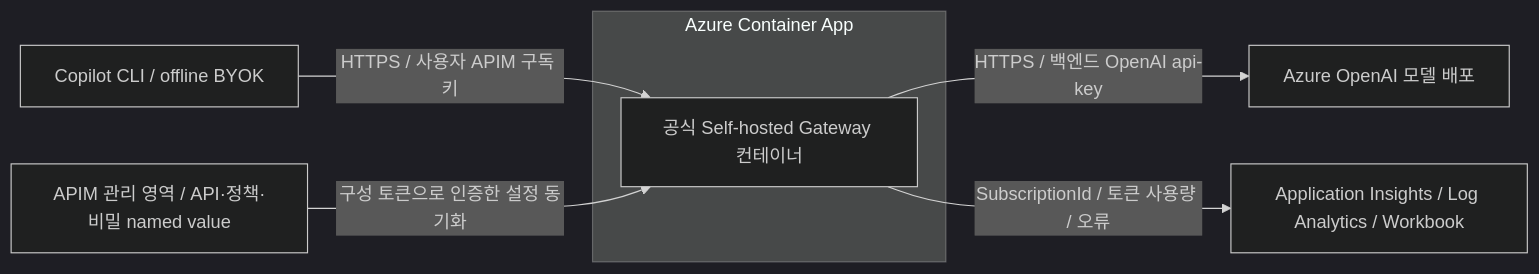
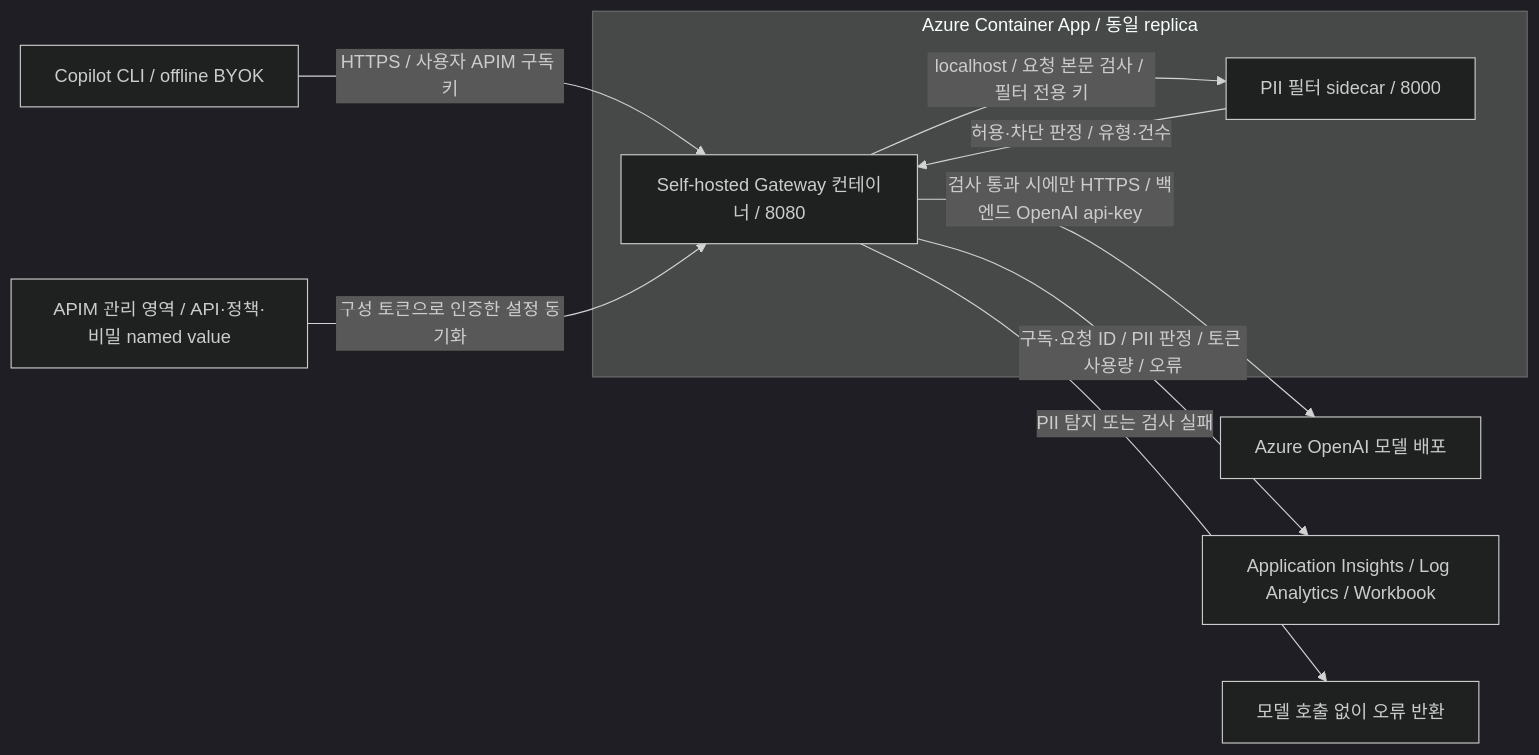
Before and after one commit to haew0nsh1n/ghcp-cli-apim-key: the diagram in README.md, drawn with Mermaid (dark theme). The commit also changed other lines of this file and 25 other files, not shown here.

First line of the commit message:
feat: add scripts for creating Azure subscription keys and running Copilot CLI

````diff
--- a/README.md
+++ b/README.md
@@ -31,14 +46,19 @@
 ```mermaid
 flowchart LR
     cli["Copilot CLI / offline BYOK"]
-    subgraph aca["Azure Container App"]
-        gateway["공식 Self-hosted Gateway 컨테이너"]
+    subgraph aca["Azure Container App / 동일 replica"]
+        gateway["Self-hosted Gateway 컨테이너 / 8080"]
+        pii["PII 필터 sidecar / 8000"]
+        gateway -->|"localhost / 요청 본문 검사 / 필터 전용 키"| pii
+        pii -->|"허용·차단 판정 / 유형·건수"| gateway
     end
     apim["APIM 관리 영역 / API·정책·비밀 named value"]
     aoai["Azure OpenAI 모델 배포"]
     logs["Application Insights / Log Analytics / Workbook"]
+    blocked["모델 호출 없이 오류 반환"]
     cli -->|"HTTPS / 사용자 APIM 구독 키"| gateway
-    gateway -->|"HTTPS / 백엔드 OpenAI api-key"| aoai
+    gateway -->|"검사 통과 시에만 HTTPS / 백엔드 OpenAI api-key"| aoai
+    gateway -->|"PII 탐지 또는 검사 실패"| blocked
     apim -->|"구성 토큰으로 인증한 설정 동기화"| gateway
-    gateway -->|"SubscriptionId / 토큰 사용량 / 오류"| logs
+    gateway -->|"구독·요청 ID / PII 판정 / 토큰 사용량 / 오류"| logs
 ```
````
